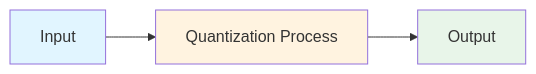
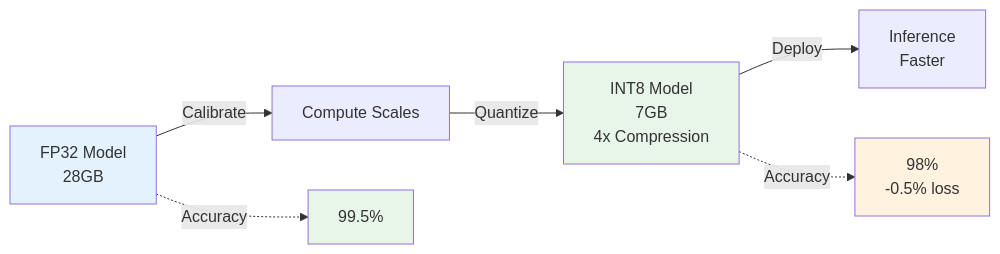
The first of 2 diagrams in llm/concepts/quantization.md (souradeepta/interviewprep-ai), drawn with Mermaid before and after one commit. The commit also changed other lines of this file and 10 other files, not shown here.

First line of the commit message:
feat: add enhancement script and upgrade 8 key concepts with real Q&A, Mermaid diagrams, real-world examples

````diff
--- a/llm/concepts/quantization.md
+++ b/llm/concepts/quantization.md
@@ -49,9 +49,13 @@
 ```mermaid
 graph LR
-    A["Input"] --> B["Quantization Process"]
-    B --> C["Output"]
+    A["FP32 Model<br/>28GB"] -->|Calibrate| B["Compute Scales"]
+    B -->|Quantize| C["INT8 Model<br/>7GB<br/>4x Compression"]
+    C -->|Deploy| D["Inference<br/>Faster"]
+    A -.->|Accuracy| E["99.5%"]
+    C -.->|Accuracy| F["98%<br/>-0.5% loss"]
 
-    style A fill:#e1f5ff
-    style B fill:#fff3e0
+    style A fill:#e3f2fd
     style C fill:#e8f5e9
+    style E fill:#e8f5e9
+    style F fill:#fff3e0
 ```
````
